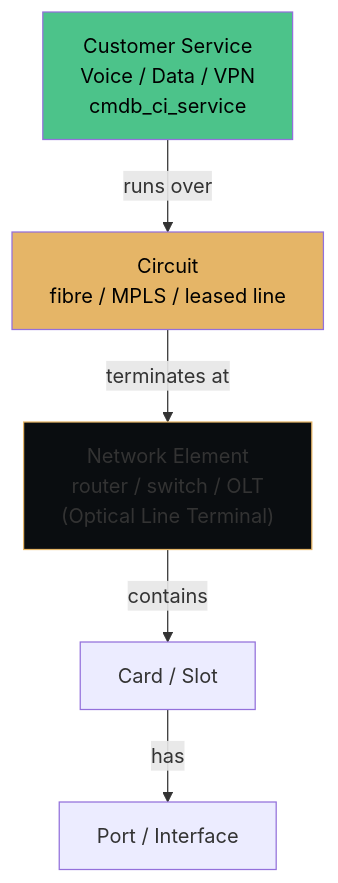
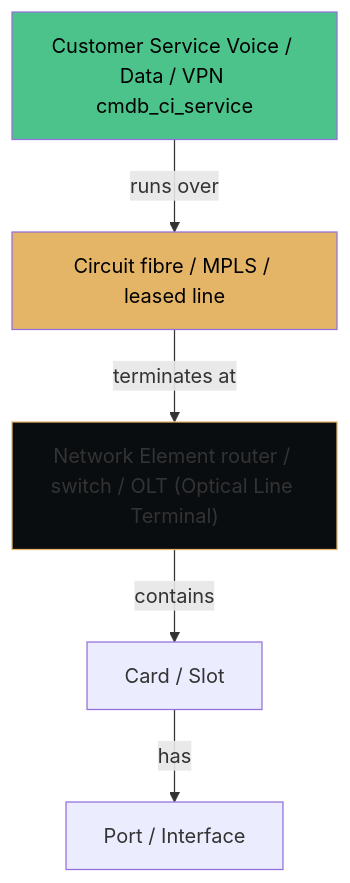
The second of 3 diagrams in docs/modules/tsom/tsom-guide.md (eltonaguiar/ServiceNow_Learning_TSOM-_CSM_FSM_SalesCRM_HAM_ITSM), drawn with Mermaid before and after one commit. The commit also changed other lines of this file and 11 other files, not shown here.

First line of the commit message:
Fix all mermaid diagrams: remove br/ tags that break rendering on GitHub Pages

````diff
--- a/docs/modules/tsom/tsom-guide.md
+++ b/docs/modules/tsom/tsom-guide.md
@@ -649,18 +649,18 @@
 ```mermaid
 graph TD
-    svc["Customer Service<br/>Voice / Data / VPN<br/>cmdb_ci_service"]
-    circuit["Circuit<br/>fibre / MPLS / leased line"]
-    ne["Network Element<br/>router / switch / OLT<br/>(Optical Line Terminal)"]
+    svc["Customer Service Voice / Data / VPN cmdb_ci_service"]
+    circuit["Circuit fibre / MPLS / leased line"]
+    ne["Network Element router / switch / OLT (Optical Line Terminal)"]
     card["Card / Slot"]
     port["Port / Interface"]
 
     svc -->|runs over| circuit
     circuit -->|terminates at| ne
     ne -->|contains| card
     card -->|has| port
 
     style svc fill:#4cc38a,color:#000
     style circuit fill:#e5b567,color:#000
     style ne fill:#0a0d10,stroke:#e5b567
 
 ```
````
